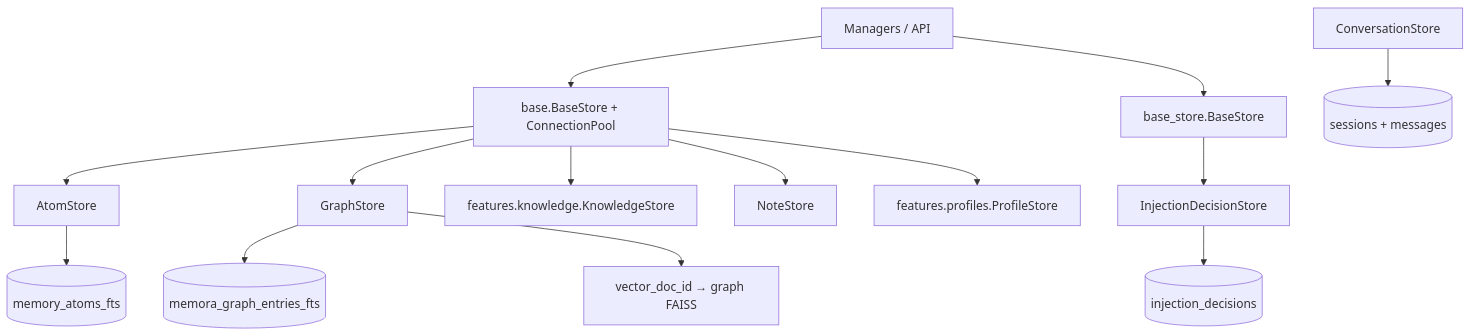
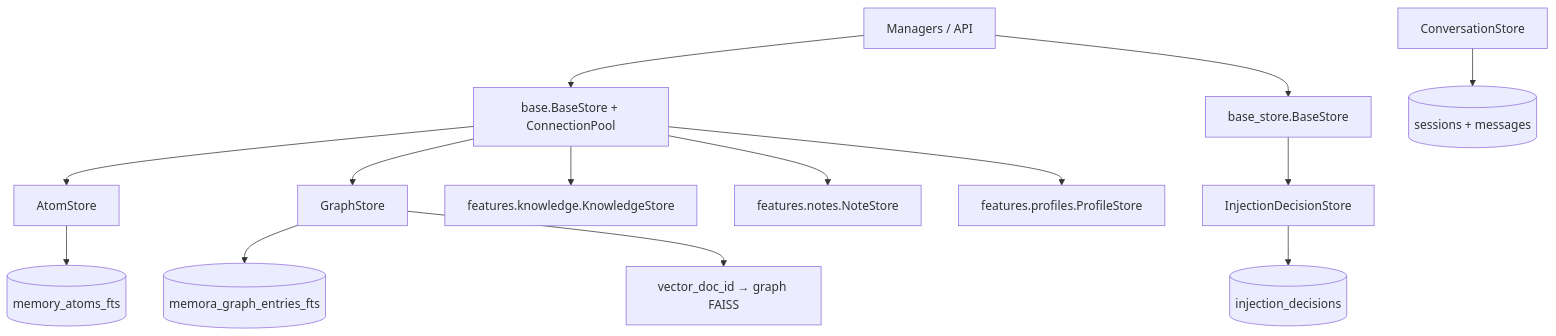
One commit to INSide-734/astrbot_plugin_memora changed the first of 3 diagrams in core/storage/AGENTS.md. Above: the diagram before and after it, drawn with Mermaid. The commit also changed other lines of this file and 19 other files, not shown here.

````diff
--- a/core/storage/AGENTS.md
+++ b/core/storage/AGENTS.md
@@ -32,16 +32,16 @@
 ```mermaid
 graph TD
     Managers[Managers / API] --> PoolBase[base.BaseStore + ConnectionPool]
     Managers --> InstanceBase[base_store.BaseStore]
     PoolBase --> Atom[AtomStore]
     PoolBase --> Graph[GraphStore]
     PoolBase --> Knowledge[features.knowledge.KnowledgeStore]
-    PoolBase --> Note[NoteStore]
+    PoolBase --> Note[features.notes.NoteStore]
     PoolBase --> Profile[features.profiles.ProfileStore]
     InstanceBase --> Decision[InjectionDecisionStore]
     Conversation[ConversationStore] --> Messages[(sessions + messages)]
     Atom --> AtomFTS[(memory_atoms_fts)]
     Graph --> GraphFTS[(memora_graph_entries_fts)]
     Graph --> VectorLink[vector_doc_id → graph FAISS]
     Decision --> Telemetry[(injection_decisions)]
 ```
````
